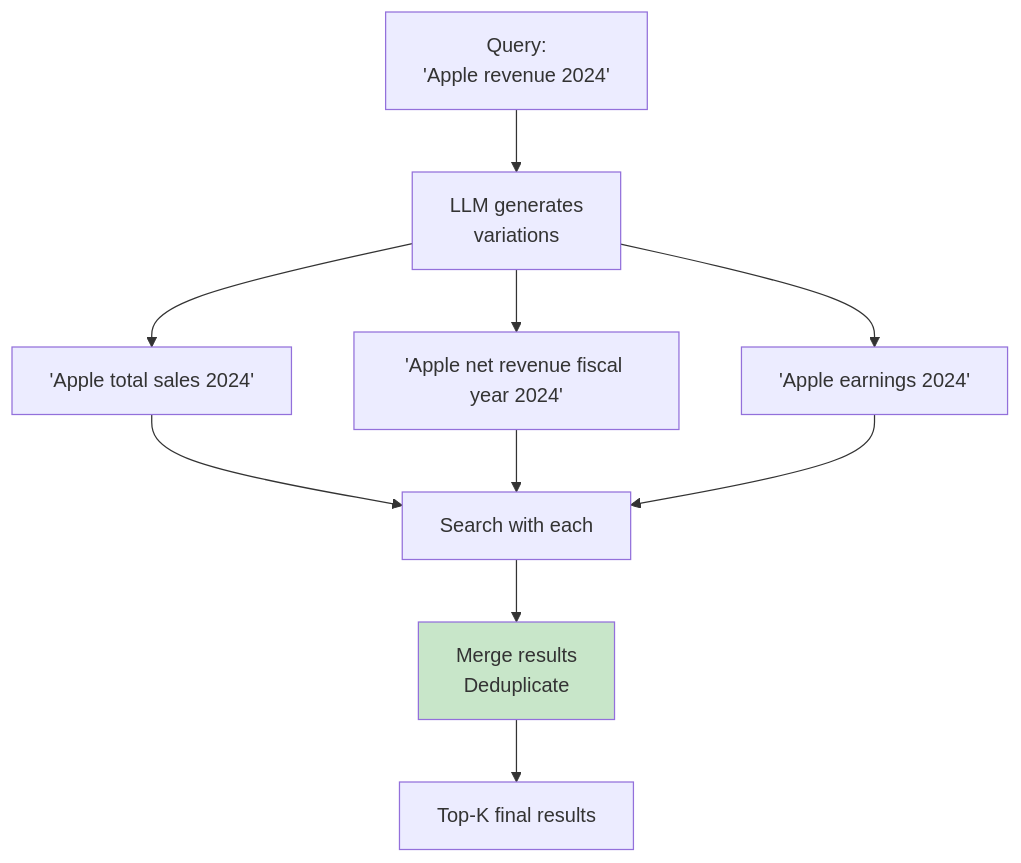
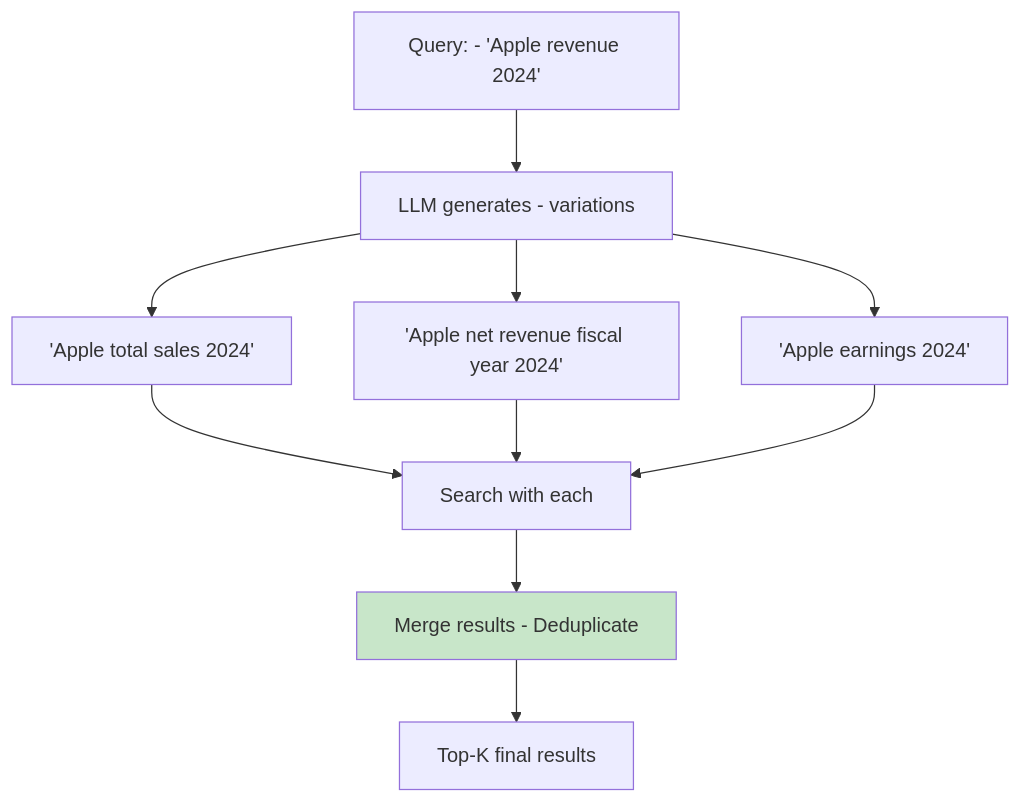
One commit to indhra/llm_rag_sec_findings changed the second of 10 diagrams in docs/learning/08-advanced-rag.md. Above: the diagram before and after it, drawn with Mermaid. The commit also changed other lines of this file and 9 other files, not shown here.

````diff
--- a/docs/learning/08-advanced-rag.md
+++ b/docs/learning/08-advanced-rag.md
@@ -71,17 +71,17 @@
 ```mermaid
 graph TD
-    Q[Query:<br/>'Apple revenue 2024'] --> L[LLM generates<br/>variations]
+    Q[Query: - 'Apple revenue 2024'] --> L[LLM generates - variations]
     
     L --> Q1['Apple total sales 2024']
     L --> Q2['Apple net revenue fiscal year 2024']
     L --> Q3['Apple earnings 2024']
     
     Q1 --> S[Search with each]
     Q2 --> S
     Q3 --> S
     
-    S --> M[Merge results<br/>Deduplicate]
+    S --> M[Merge results - Deduplicate]
     M --> R[Top-K final results]
     
     style M fill:#c8e6c9
 ```
````
